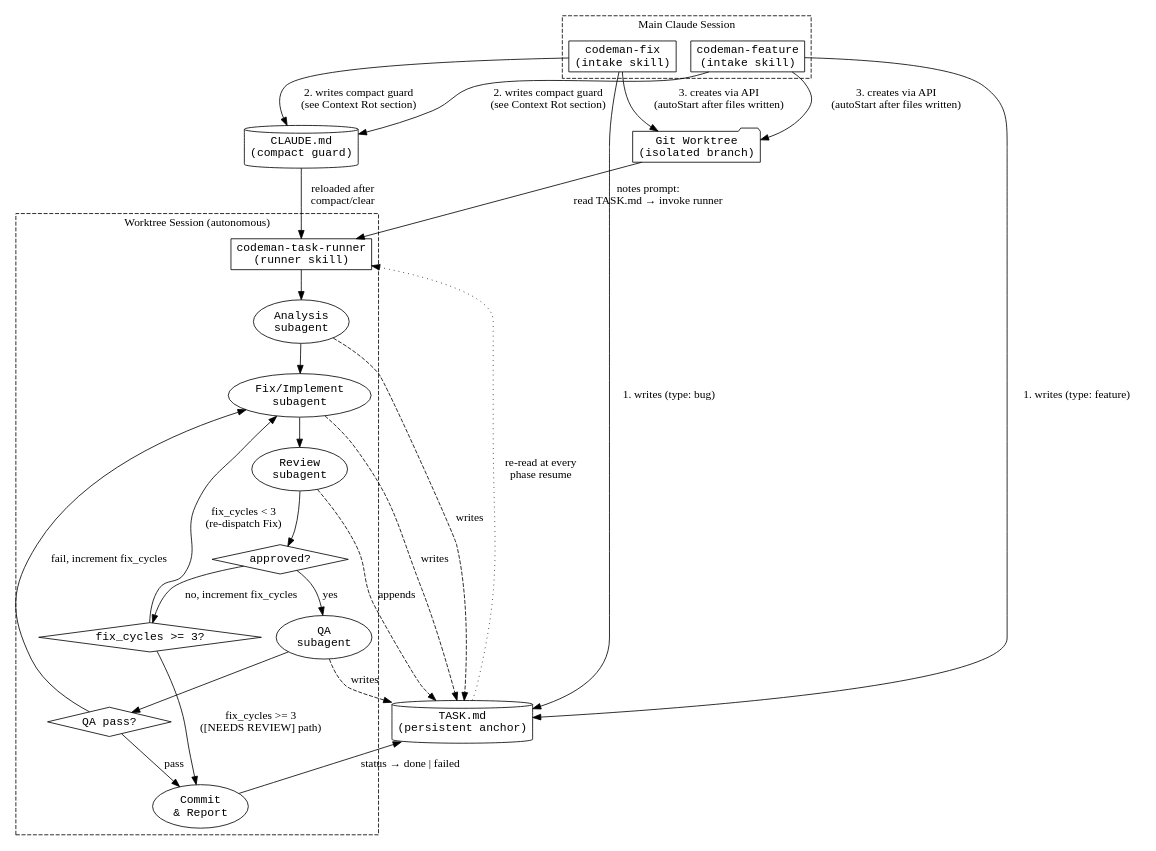
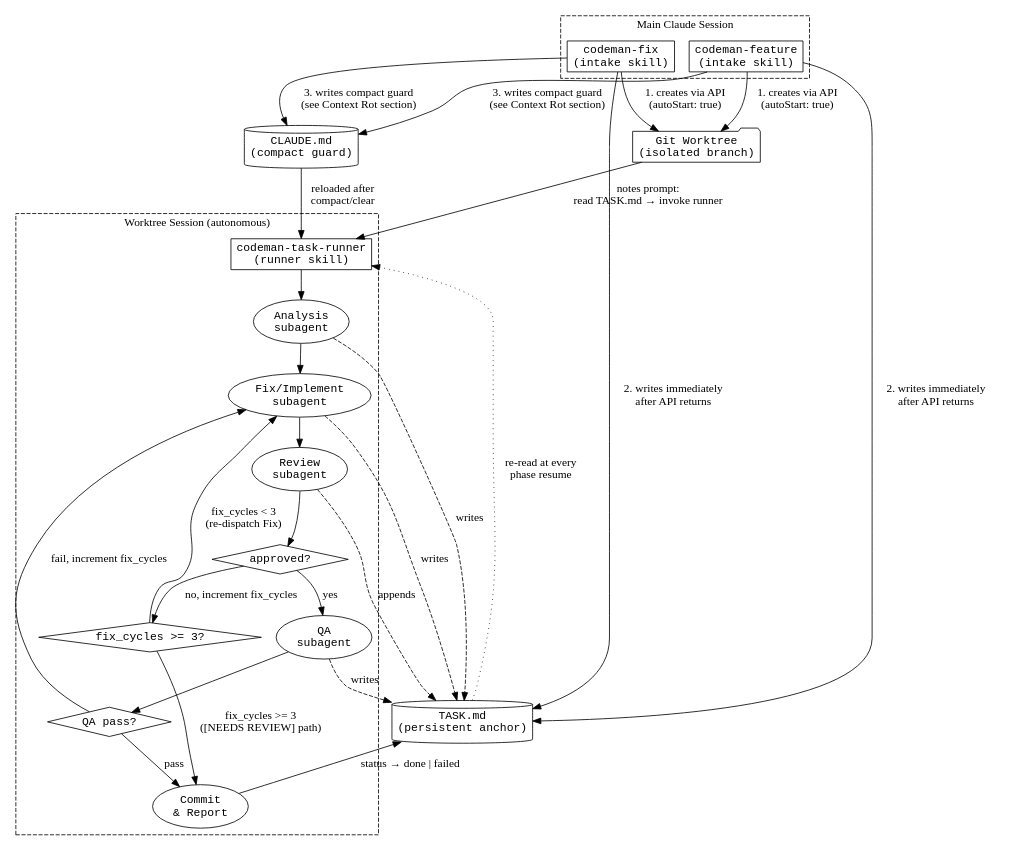
The diagram in docs/superpowers/specs/2026-03-14-codeman-task-workflow-design.md (SGudbrandsson/Codeman), drawn with Graphviz before and after one commit. The commit also changed other lines of this file and 1 other file, not shown here.

Commit message:
docs(plan+spec): fix section name mismatch and file write order contradiction

````diff
--- a/docs/superpowers/specs/2026-03-14-codeman-task-workflow-design.md
+++ b/docs/superpowers/specs/2026-03-14-codeman-task-workflow-design.md
@@ -29,71 +29,71 @@
 ```dot
 digraph task_workflow {
     rankdir=TB;
     node [shape=box, fontname="monospace"];
 
     subgraph cluster_main {
         label="Main Claude Session";
         style=dashed;
         fix_intake   [label="codeman-fix\n(intake skill)"];
         feat_intake  [label="codeman-feature\n(intake skill)"];
     }
 
     subgraph cluster_worktree {
         label="Worktree Session (autonomous)";
         style=dashed;
         runner    [label="codeman-task-runner\n(runner skill)"];
         analysis  [label="Analysis\nsubagent", shape=ellipse];
         fix       [label="Fix/Implement\nsubagent", shape=ellipse];
         review    [label="Review\nsubagent", shape=ellipse];
         qa        [label="QA\nsubagent", shape=ellipse];
         commit    [label="Commit\n& Report", shape=ellipse];
 
         review_pass [label="approved?", shape=diamond];
         qa_pass     [label="QA pass?", shape=diamond];
         attempts    [label="fix_cycles >= 3?", shape=diamond];
     }
 
     task_md   [label="TASK.md\n(persistent anchor)", shape=cylinder];
     claude_md [label="CLAUDE.md\n(compact guard)", shape=cylinder];
     worktree  [label="Git Worktree\n(isolated branch)", shape=folder];
 
-    // Intake → worktree setup (files written BEFORE API call)
-    fix_intake  -> task_md   [label="1. writes (type: bug)"];
-    feat_intake -> task_md   [label="1. writes (type: feature)"];
-    fix_intake  -> claude_md [label="2. writes compact guard\n(see Context Rot section)"];
-    feat_intake -> claude_md [label="2. writes compact guard\n(see Context Rot section)"];
-    fix_intake  -> worktree  [label="3. creates via API\n(autoStart after files written)"];
-    feat_intake -> worktree  [label="3. creates via API\n(autoStart after files written)"];
+    // Intake → worktree setup (API first, then immediately write files to worktreePath)
+    fix_intake  -> worktree  [label="1. creates via API\n(autoStart: true)"];
+    feat_intake -> worktree  [label="1. creates via API\n(autoStart: true)"];
+    fix_intake  -> task_md   [label="2. writes immediately\nafter API returns"];
+    feat_intake -> task_md   [label="2. writes immediately\nafter API returns"];
+    fix_intake  -> claude_md [label="3. writes compact guard\n(see Context Rot section)"];
+    feat_intake -> claude_md [label="3. writes compact guard\n(see Context Rot section)"];
 
     // Session startup
     worktree  -> runner   [label="notes prompt:\nread TASK.md → invoke runner"];
     claude_md -> runner   [label="reloaded after\ncompact/clear"];
 
     // Runner dispatches phases
     runner -> analysis;
     analysis -> fix;
 
     // Review loop
     fix -> review;
     review -> review_pass;
     review_pass -> qa         [label="yes"];
     review_pass -> attempts   [label="no, increment fix_cycles"];
     attempts -> fix           [label="fix_cycles < 3\n(re-dispatch Fix)"];
     attempts -> commit        [label="fix_cycles >= 3\n([NEEDS REVIEW] path)"];
 
     // QA
     qa -> qa_pass;
     qa_pass -> commit         [label="pass"];
     qa_pass -> fix            [label="fail, increment fix_cycles"];
 
     // Commit
     commit -> task_md         [label="status → done | failed"];
 
     // TASK.md read/write
     analysis -> task_md  [label="writes", style=dashed];
     fix      -> task_md  [label="writes", style=dashed];
     review   -> task_md  [label="appends", style=dashed];
     qa       -> task_md  [label="writes", style=dashed];
     task_md  -> runner   [label="re-read at every\nphase resume", style=dotted];
 }
 ```
````
